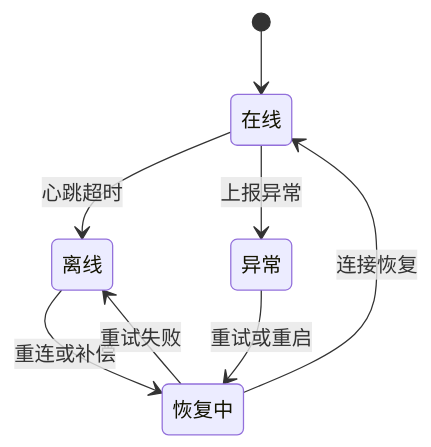
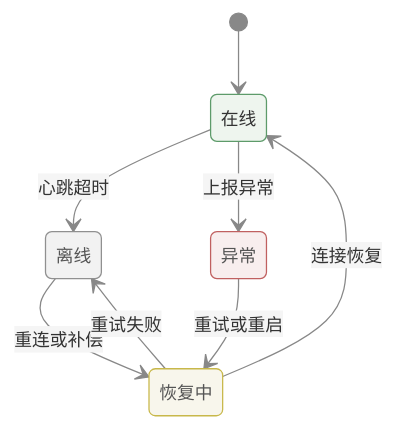
The fourth of 4 diagrams in 4-interview/projects/zznursing/项目速记卡.md (1byteone/interview-note), drawn with Mermaid before and after one commit. The commit also changed other lines of this file and 5 other files, not shown here.

First line of the commit message:
style(mermaid): 统一 Mermaid 专业样式体系与语义规范

````diff
--- a/4-interview/projects/zznursing/项目速记卡.md
+++ b/4-interview/projects/zznursing/项目速记卡.md
@@ -245,15 +262,26 @@
 ```mermaid
+%%{init: {'theme':'base', 'themeVariables': {'fontFamily':'Arial,Microsoft YaHei,sans-serif','fontSize':'14px','primaryColor':'#EBF0F7','primaryTextColor':'#333333','primaryBorderColor':'#5B8BD4','lineColor':'#888888','secondaryColor':'#F5F5F5','tertiaryColor':'#F0F0F0'}}}%%
 stateDiagram-v2
+    classDef success fill:#EEF5EE,stroke:#5D9B6A,color:#333333
+    classDef offline fill:#F2F2F2,stroke:#909090,color:#555555
+    classDef error fill:#F8EEEE,stroke:#C06060,color:#555555
+    classDef recovering fill:#F8F6EC,stroke:#C8B84A,color:#555555
+
     state "在线" as Online
     state "离线" as Offline
     state "异常" as Error
     state "恢复中" as Recovering
 
     [*] --> Online
     Online --> Offline: 心跳超时
     Online --> Error: 上报异常
     Offline --> Recovering: 重连或补偿
     Error --> Recovering: 重试或重启
     Recovering --> Online: 连接恢复
     Recovering --> Offline: 重试失败
+
+    class Online success
+    class Offline offline
+    class Error error
+    class Recovering recovering
 ```
````
